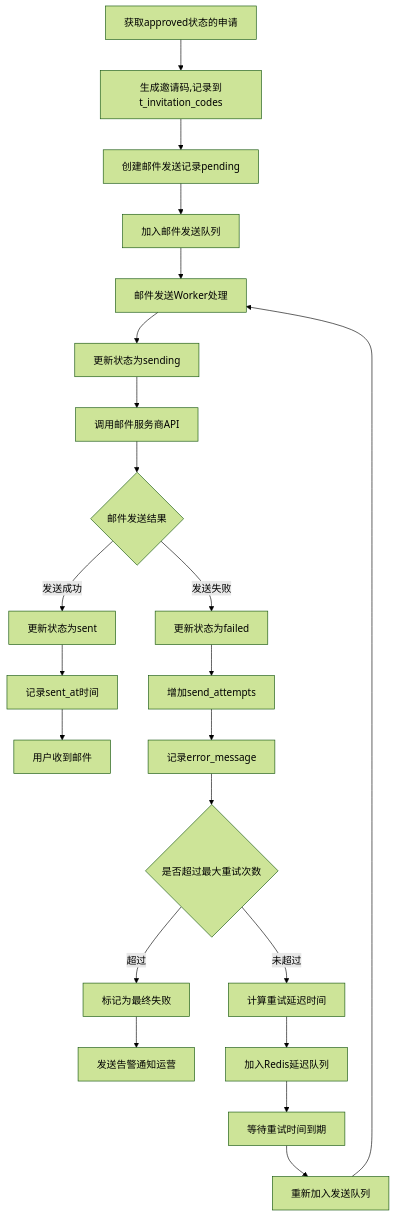
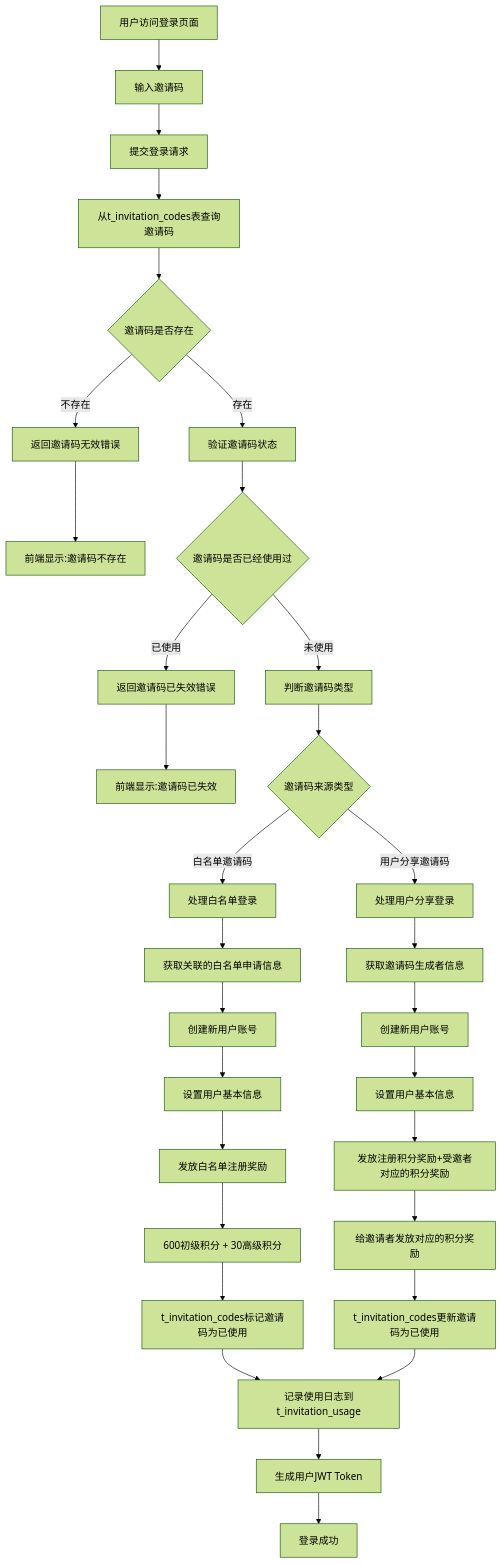
The diagram in all/未命名-73.md (yingjianzh/iodraw-files), drawn with Mermaid (forest theme) before and after one commit.

Commit message:
2025-07-07 10:01:22 update

````diff
--- a/all/未命名-73.md
+++ b/all/未命名-73.md
@@ -1,29 +1,40 @@
 ```mermaid
 
 flowchart TD
-    A[获取approved状态的申请] --> B[生成邀请码,记录到t_invitation_codes]
-    B --> C[创建邮件发送记录pending]
-    C --> D[加入邮件发送队列]
+    A[用户访问登录页面] --> B[输入邀请码]
+    B --> E[提交登录请求]
+    E --> H[从t_invitation_codes表查询邀请码]
+    H --> I{邀请码是否存在}
+    I -->|不存在| J[返回邀请码无效错误]
+    J --> K[前端显示:邀请码不存在]
     
-    D --> E[邮件发送Worker处理]
-    E --> F[更新状态为sending]
-    F --> G[调用邮件服务商API]
-    G --> H{邮件发送结果}
+    I -->|存在| L[验证邀请码状态]
+    L --> M{邀请码是否已经使用过}
+    M -->|已使用| N[返回邀请码已失效错误]
+    N --> O[前端显示:邀请码已失效]
     
-    H -->|发送成功| I[更新状态为sent]
-    I --> J[记录sent_at时间]
-    J --> K[用户收到邮件]
+    M -->|未使用| X[判断邀请码类型]
+    X --> Y{邀请码来源类型}
     
-    H -->|发送失败| L[更新状态为failed]
-    L --> M[增加send_attempts]
-    M --> N[记录error_message]
-    N --> O{是否超过最大重试次数}
-    O -->|超过| P[标记为最终失败]
-    P --> Q[发送告警通知运营]
-    O -->|未超过| R[计算重试延迟时间]
-    R --> S[加入Redis延迟队列]
-    S --> T[等待重试时间到期]
-    T --> U[重新加入发送队列]
-    U --> E
+    Y -->|白名单邀请码| Z[处理白名单登录]
+    Z --> Z1[获取关联的白名单申请信息]
+    Z1 --> Z2[创建新用户账号]
+    Z2 --> Z3[设置用户基本信息]
+    Z3 --> Z4[发放白名单注册奖励]
+    Z4 --> Z5[600初级积分 + 30高级积分]
+    Z5 --> Z6[t_invitation_codes标记邀请码为已使用]
+    Z6 --> AA[记录使用日志到t_invitation_usage]
+    
+    Y -->|用户分享邀请码| BB[处理用户分享登录]
+    BB --> BB1[获取邀请码生成者信息]
+    BB1 --> BB2[创建新用户账号]
+    BB2 --> BB3[设置用户基本信息]
+    BB3 --> BB4[发放注册积分奖励+受邀者对应的积分奖励]
+    BB4 --> BB5[给邀请者发放对应的积分奖励]
+    BB5 --> BB6[t_invitation_codes更新邀请码为已使用]
+    BB6 --> AA
+    
+    AA --> CC[生成用户JWT Token]
+    CC --> DD[登录成功]  
 
 ```
````
